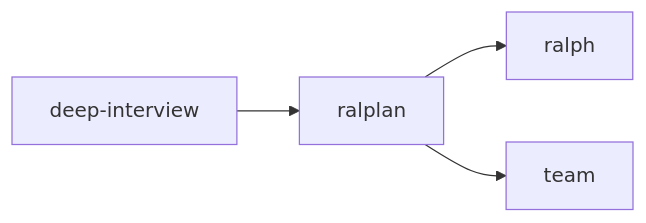
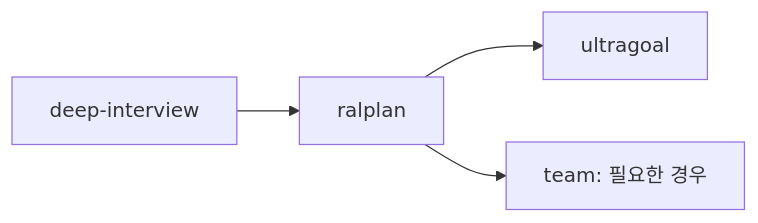
Before and after one commit to sunghun0917/acodian: the first of 3 diagrams in docs/skills-reference.md, drawn with Mermaid. The commit also changed other lines of this file and 2 other files, not shown here.

````diff
--- a/docs/skills-reference.md
+++ b/docs/skills-reference.md
@@ -10,6 +10,6 @@
 ```mermaid
 flowchart LR
     DI[deep-interview] --> RP[ralplan]
-    RP --> R[ralph]
-    RP --> T[team]
+    RP --> UG[ultragoal]
+    RP --> T[team: 필요한 경우]
 ```
````
